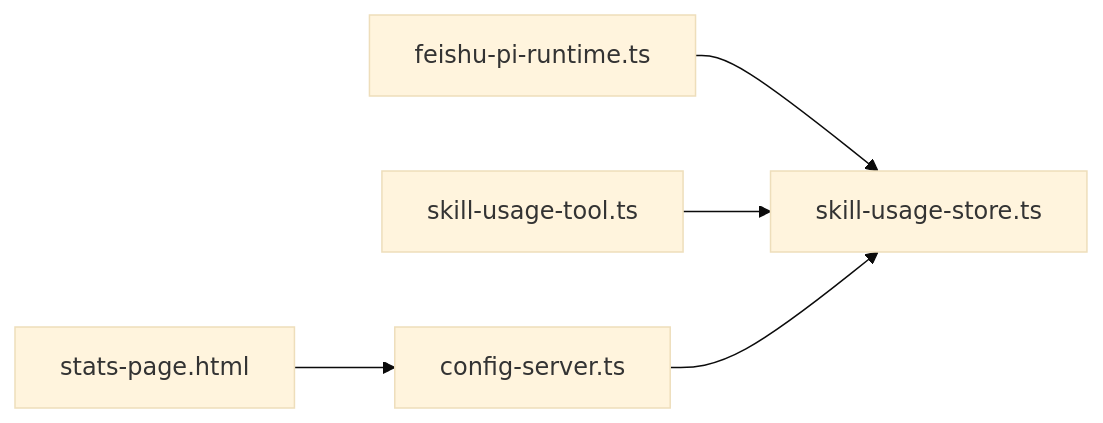
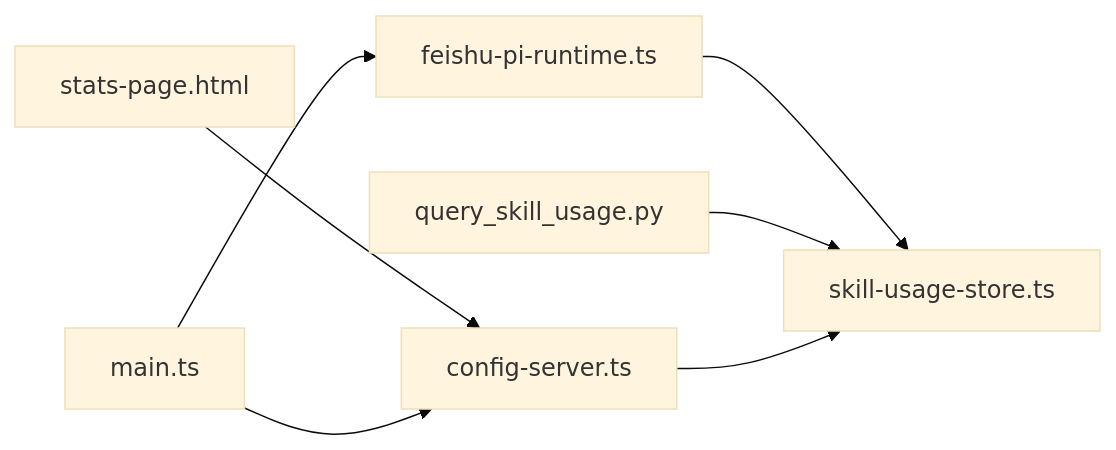
The fifth of 5 diagrams in .qoder/repowiki/zh/content/数据管理/技能使用统计.md (HeXiaoShu520/feishu-pi), drawn with Mermaid (base theme) before and after one commit. The commit also changed other lines of this file and 47 other files, not shown here.

````diff
--- a/.qoder/repowiki/zh/content/数据管理/技能使用统计.md
+++ b/.qoder/repowiki/zh/content/数据管理/技能使用统计.md
@@ -217,7 +222,9 @@
 ```mermaid
 graph LR
 R["feishu-pi-runtime.ts"] --> S["skill-usage-store.ts"]
-T["skill-usage-tool.ts"] --> S
+T["query_skill_usage.py"] --> S
 C["config-server.ts"] --> S
 H["stats-page.html"] --> C
+M["main.ts"] --> R
+M --> C
 ```
````
